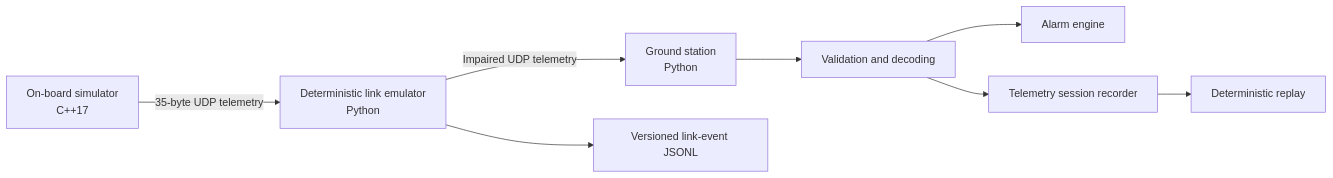
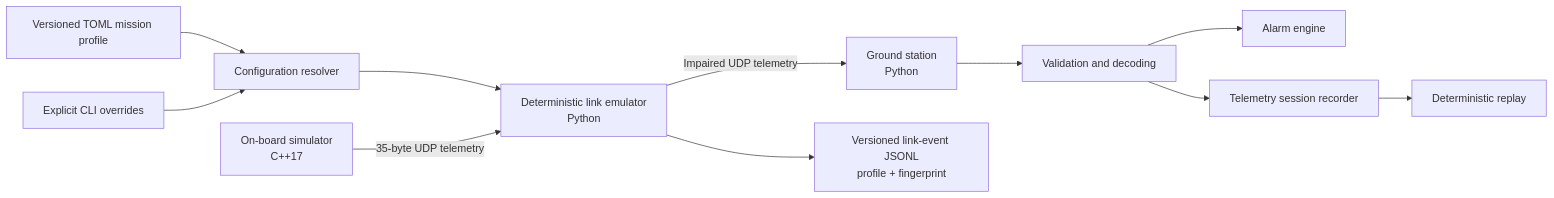
The diagram in README.md (DavCalo/OrbitOps), drawn with Mermaid before and after one commit. The commit also changed other lines of this file and 23 other files, not shown here.

````diff
--- a/README.md
+++ b/README.md
@@ -41,10 +44,13 @@
 ```mermaid
 flowchart LR
-    SIM[On-board simulator\nC++17] -->|35-byte UDP telemetry| LINK[Deterministic link emulator\nPython]
+    PROF[Versioned TOML mission profile] --> RES[Configuration resolver]
+    CLI[Explicit CLI overrides] --> RES
+    RES --> LINK[Deterministic link emulator\nPython]
+    SIM[On-board simulator\nC++17] -->|35-byte UDP telemetry| LINK
     LINK -->|Impaired UDP telemetry| RX[Ground station\nPython]
-    LINK --> EVT[Versioned link-event JSONL]
+    LINK --> EVT[Versioned link-event JSONL\nprofile + fingerprint]
     RX --> DEC[Validation and decoding]
     DEC --> ALM[Alarm engine]
     DEC --> REC[Telemetry session recorder]
     REC --> REP[Deterministic replay]
 ```
````
